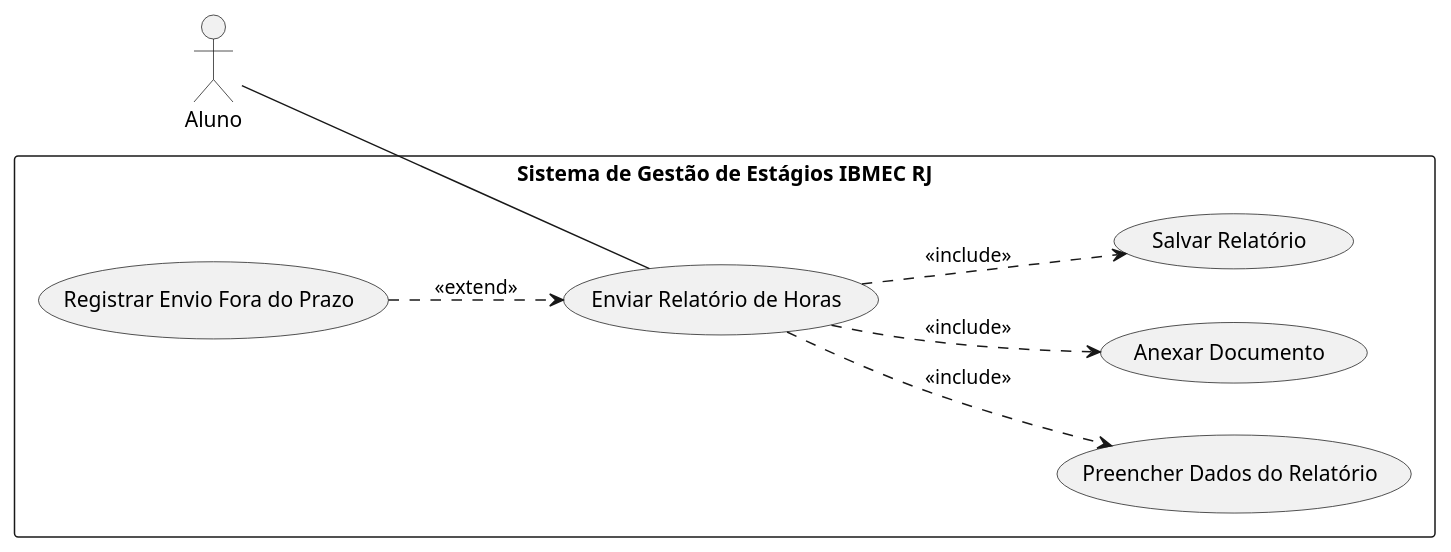
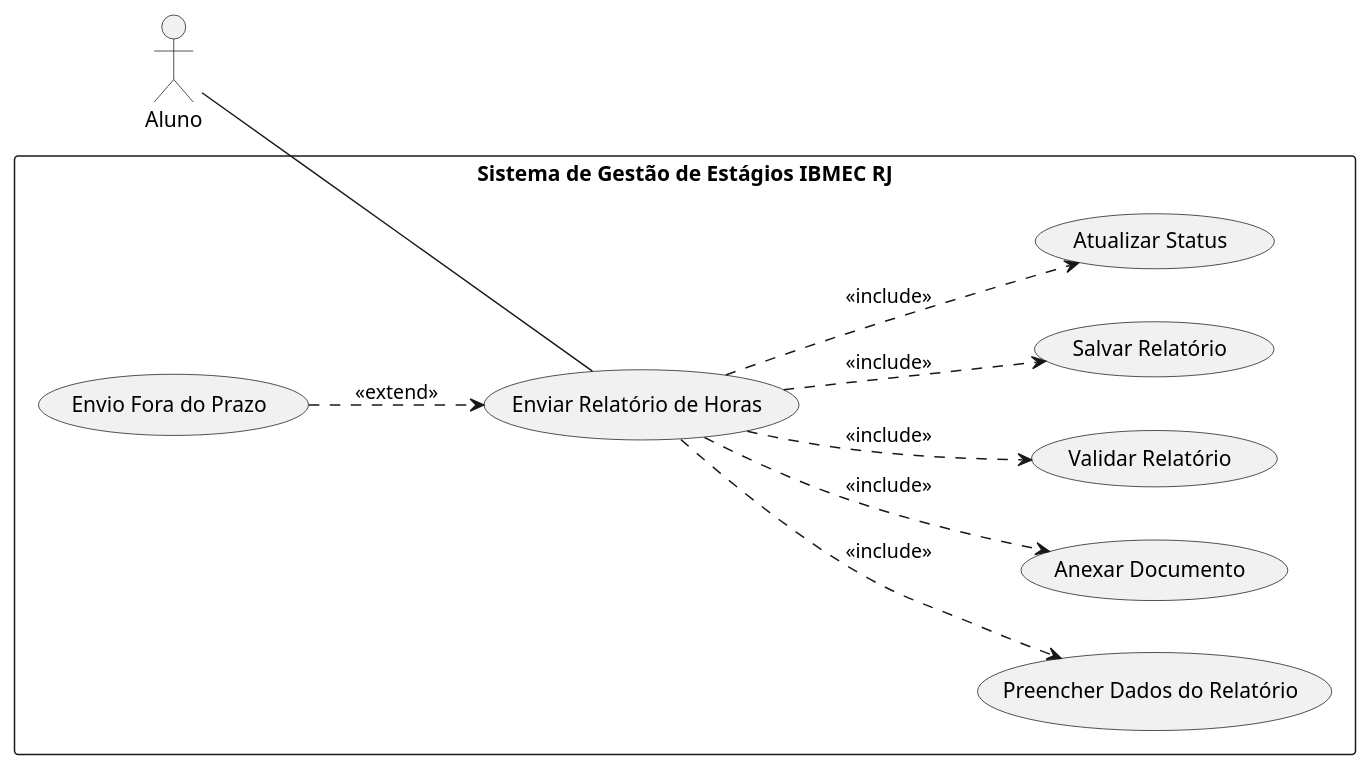
One commit to Projetos-de-Extensao/PBE_26.1_8002_I changed the fifth of 10 diagrams in docs/Elaboracao/casos_de_uso.md. Above: the diagram before and after it, drawn with PlantUML. The commit also changed other lines of this file, not shown here.

````diff
--- a/docs/Elaboracao/casos_de_uso.md
+++ b/docs/Elaboracao/casos_de_uso.md
@@ -254,27 +284,31 @@
 ```puml
 @startuml
 left to right direction
 
 actor Aluno
 
 rectangle "Sistema de Gestão de Estágios IBMEC RJ" {
 
   usecase "Enviar Relatório de Horas" as UC1
   usecase "Preencher Dados do Relatório" as UC2
   usecase "Anexar Documento" as UC3
-  usecase "Salvar Relatório" as UC4
-  usecase "Registrar Envio Fora do Prazo" as UC5
+  usecase "Validar Relatório" as UC4
+  usecase "Salvar Relatório" as UC5
+  usecase "Atualizar Status" as UC6
+  usecase "Envio Fora do Prazo" as UC7
 
 }
 
 Aluno -- UC1
 
 UC1 ..> UC2 : <<include>>
 UC1 ..> UC3 : <<include>>
 UC1 ..> UC4 : <<include>>
+UC1 ..> UC5 : <<include>>
+UC1 ..> UC6 : <<include>>
 
-UC5 ..> UC1 : <<extend>>
+UC7 ..> UC1 : <<extend>>
 
 @enduml
 
 ```
````
